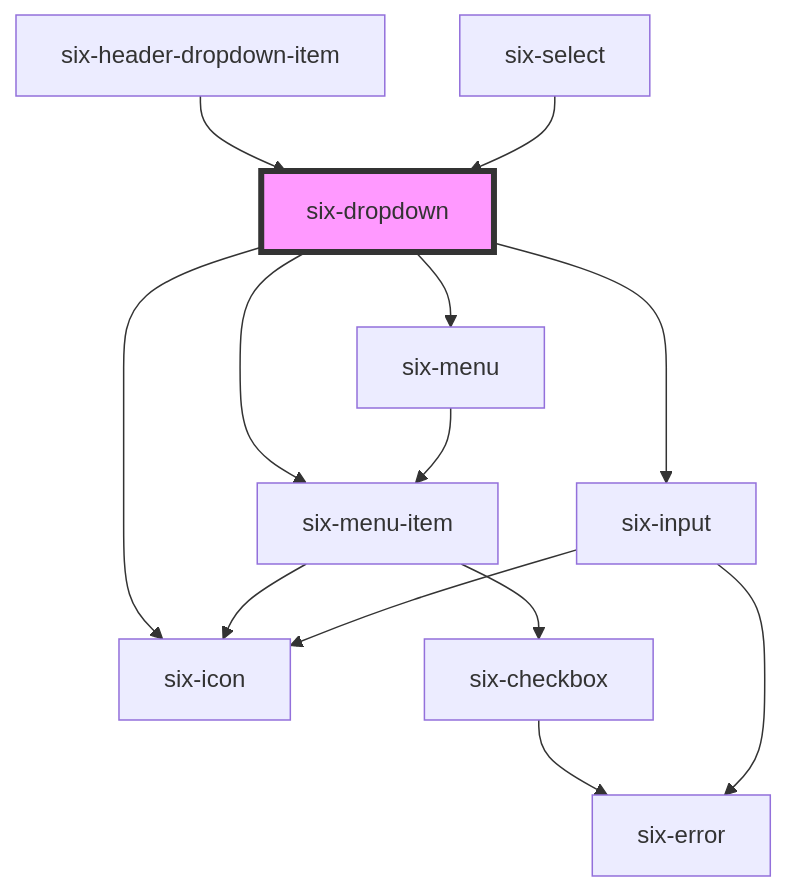
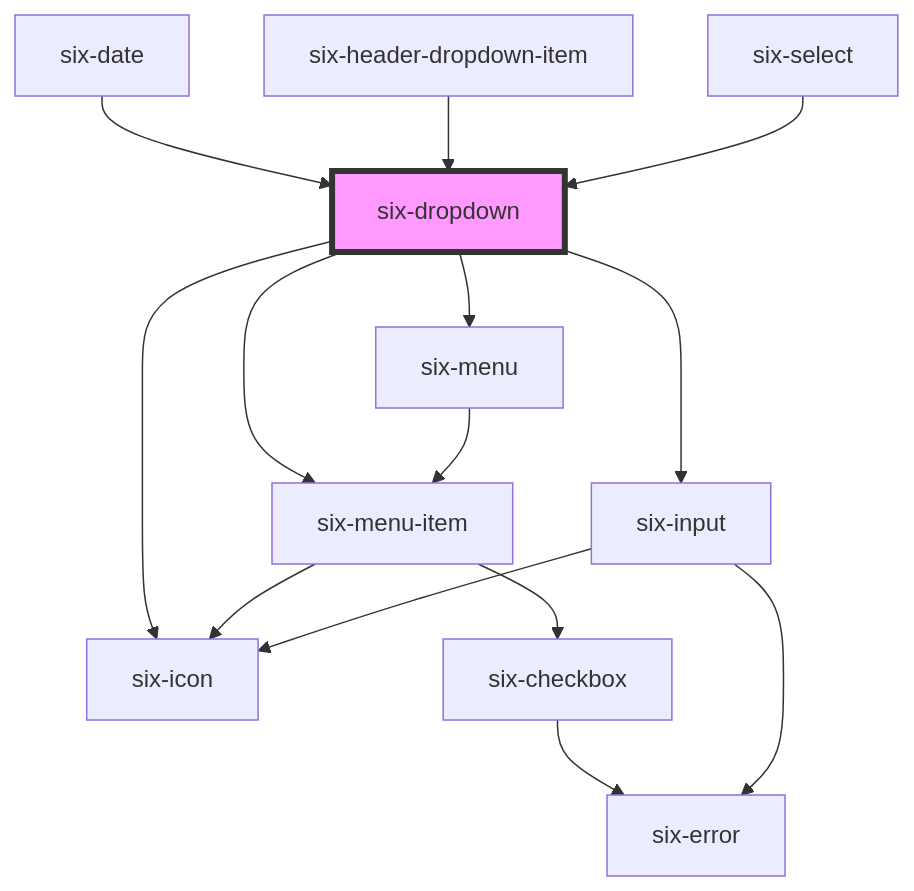
The diagram in docs/components/six-dropdown.md (six-group/six-webcomponents), drawn with Mermaid before and after one commit. The commit also changed other lines of this file and 39 other files, not shown here.

````diff
--- a/docs/components/six-dropdown.md
+++ b/docs/components/six-dropdown.md
@@ -541,16 +543,17 @@
 ```mermaid
 graph TD;
   six-dropdown --> six-menu-item
   six-dropdown --> six-input
   six-dropdown --> six-icon
   six-dropdown --> six-menu
   six-menu-item --> six-checkbox
   six-menu-item --> six-icon
   six-checkbox --> six-error
   six-input --> six-icon
   six-input --> six-error
   six-menu --> six-menu-item
+  six-date --> six-dropdown
   six-header-dropdown-item --> six-dropdown
   six-select --> six-dropdown
   style six-dropdown fill:#f9f,stroke:#333,stroke-width:4px
 ```
````
